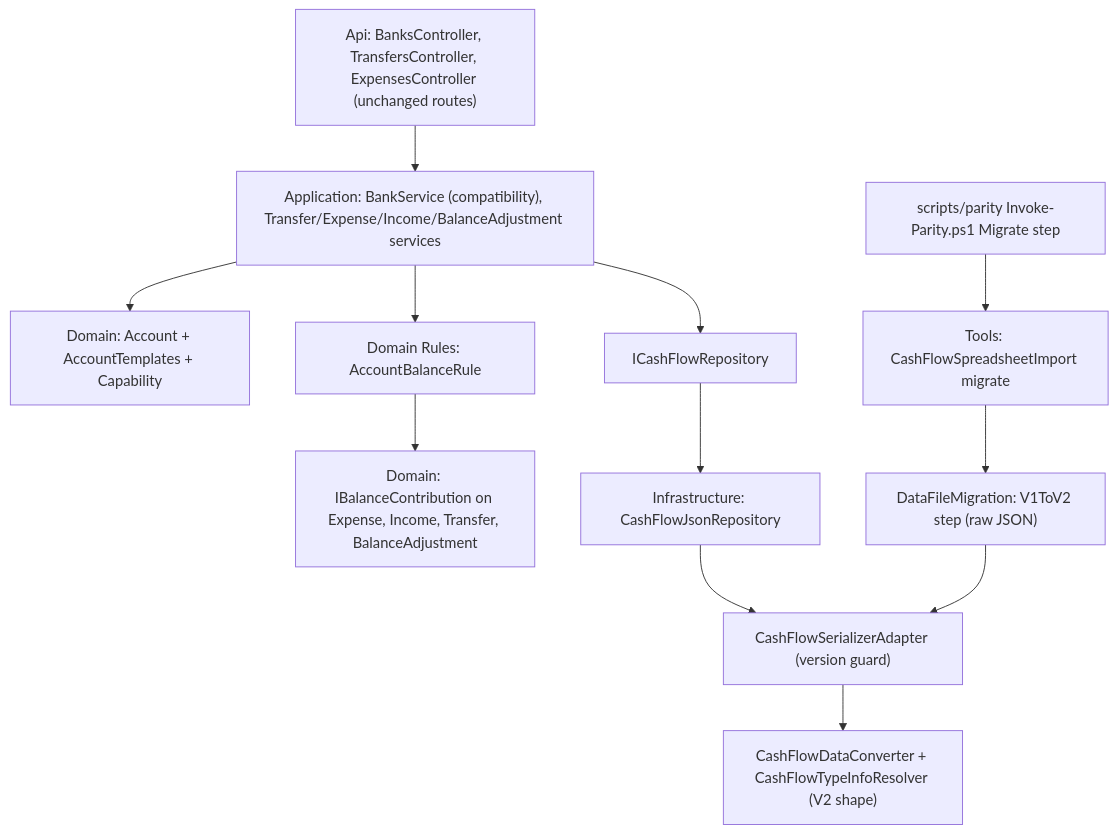
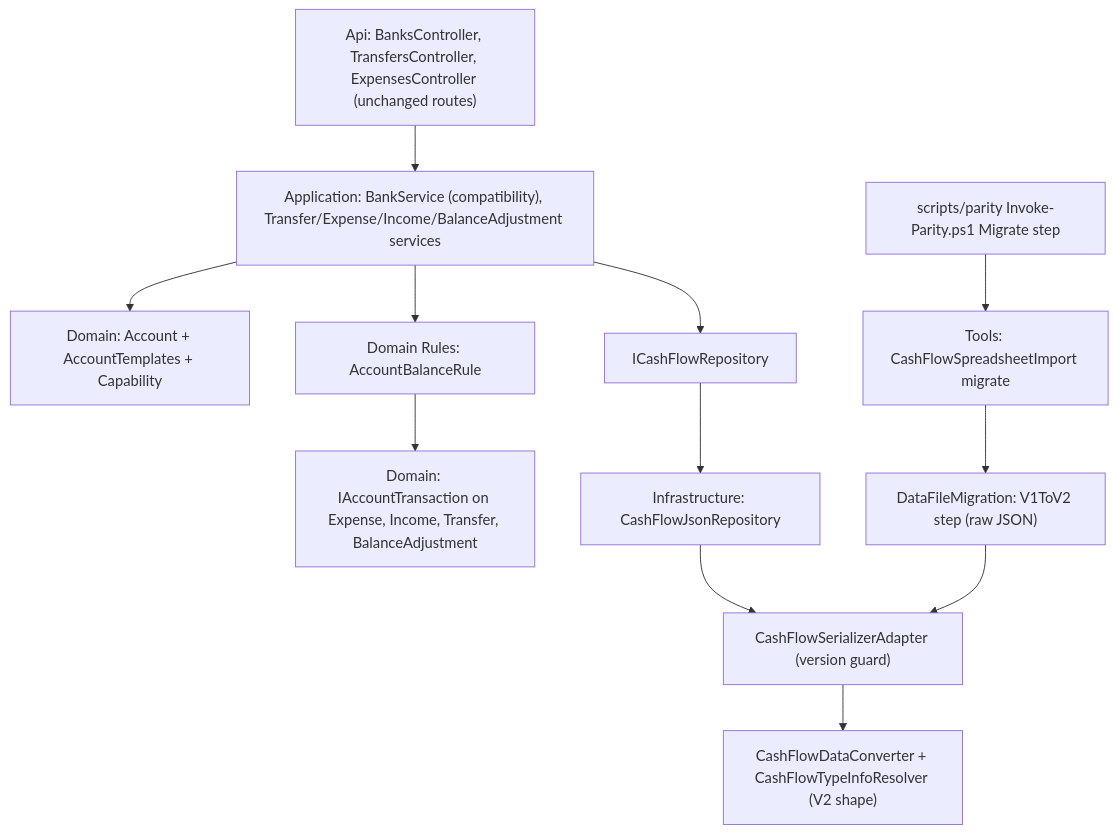
Before and after one commit to ggibellato/Financial: the diagram in docs/prd/P60-prd-cashflow-accounts-generalization/features/P60-F02-account-model-and-bank-migration/spec.md, drawn with Mermaid. The commit also changed other lines of this file and 1 other file, not shown here.

````diff
--- a/docs/prd/P60-prd-cashflow-accounts-generalization/features/P60-F02-account-model-and-bank-migration/spec.md
+++ b/docs/prd/P60-prd-cashflow-accounts-generalization/features/P60-F02-account-model-and-bank-migration/spec.md
@@ -56,14 +56,14 @@
 ```mermaid
 graph TD
     A["Api: BanksController, TransfersController, ExpensesController (unchanged routes)"] --> B["Application: BankService (compatibility), Transfer/Expense/Income/BalanceAdjustment services"]
     B --> C["Domain: Account + AccountTemplates + Capability"]
     B --> D["Domain Rules: AccountBalanceRule"]
-    D --> E["Domain: IBalanceContribution on Expense, Income, Transfer, BalanceAdjustment"]
+    D --> E["Domain: IAccountTransaction on Expense, Income, Transfer, BalanceAdjustment"]
     B --> F["ICashFlowRepository"]
     F --> G["Infrastructure: CashFlowJsonRepository"]
     G --> H["CashFlowSerializerAdapter (version guard)"]
     H --> I["CashFlowDataConverter + CashFlowTypeInfoResolver (V2 shape)"]
     J["Tools: CashFlowSpreadsheetImport migrate"] --> K["DataFileMigration: V1ToV2 step (raw JSON)"]
     K --> H
     L["scripts/parity Invoke-Parity.ps1 Migrate step"] --> J
 ```
````
